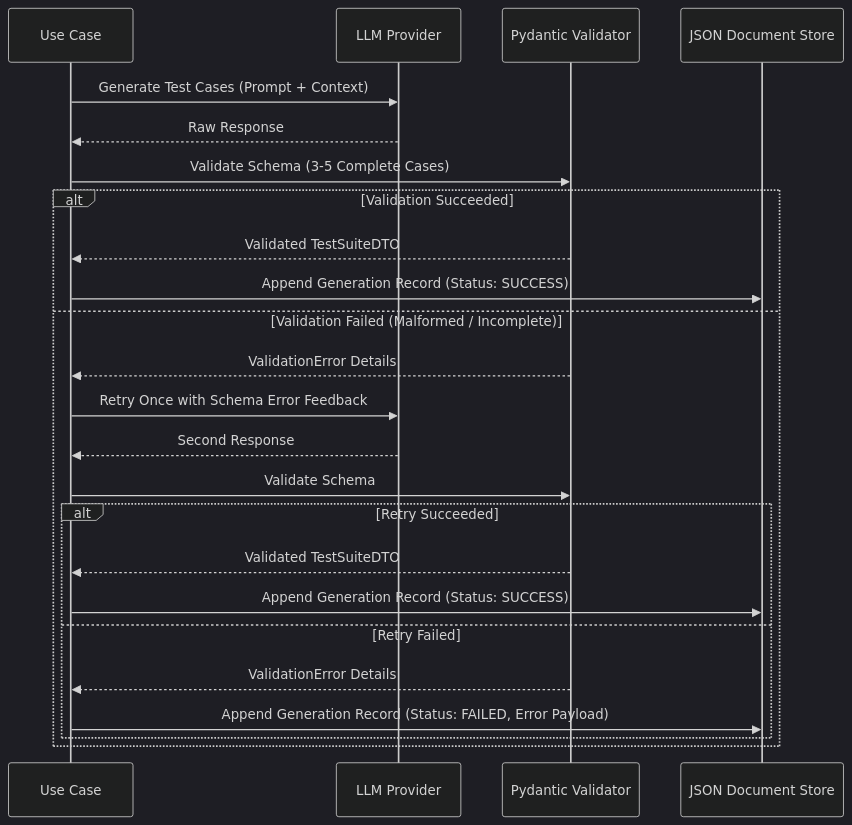
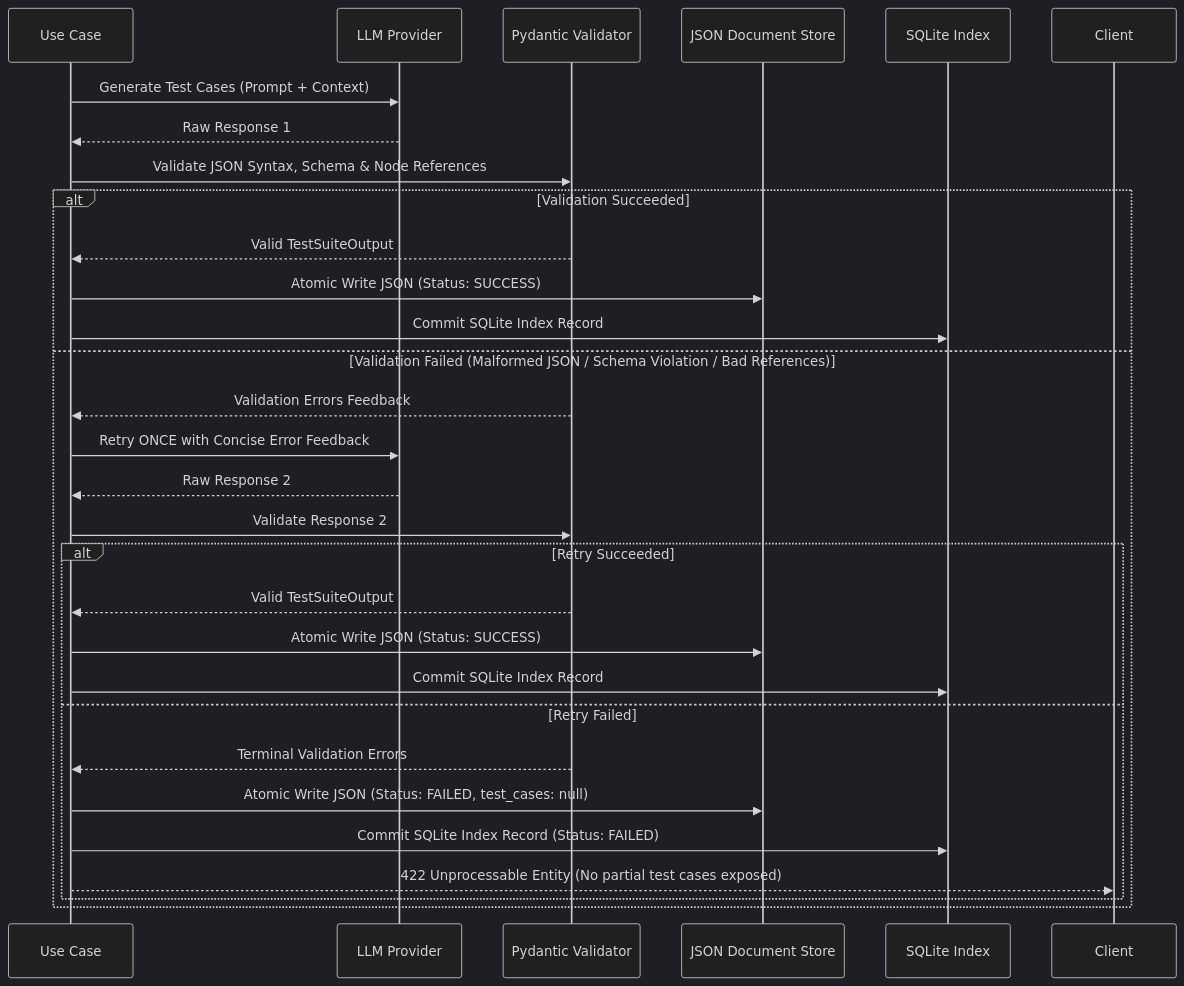
One commit to ANUMULASAISANTHOSH/ct200-traceability-qa-pipeline changed the third of 3 diagrams in docs/architecture.md. Above: the diagram before and after it, drawn with Mermaid (dark theme). The commit also changed other lines of this file and 22 other files, not shown here.

Commit message:
feat: generate and store validated QA cases

````diff
--- a/docs/architecture.md
+++ b/docs/architecture.md
@@ -166,27 +190,32 @@
 ```mermaid
 sequenceDiagram
     participant App as Use Case
     participant LLM as LLM Provider
     participant Val as Pydantic Validator
     participant Store as JSON Document Store
+    participant DB as SQLite Index
     
     App->>LLM: Generate Test Cases (Prompt + Context)
-    LLM-->>App: Raw Response
-    App->>Val: Validate Schema (3-5 Complete Cases)
+    LLM-->>App: Raw Response 1
+    App->>Val: Validate JSON Syntax, Schema & Node References
     alt Validation Succeeded
-        Val-->>App: Validated TestSuiteDTO
-        App->>Store: Append Generation Record (Status: SUCCESS)
-    else Validation Failed (Malformed / Incomplete)
-        Val-->>App: ValidationError Details
-        App->>LLM: Retry Once with Schema Error Feedback
-        LLM-->>App: Second Response
-        App->>Val: Validate Schema
+        Val-->>App: Valid TestSuiteOutput
+        App->>Store: Atomic Write JSON (Status: SUCCESS)
+        App->>DB: Commit SQLite Index Record
+    else Validation Failed (Malformed JSON / Schema Violation / Bad References)
+        Val-->>App: Validation Errors Feedback
+        App->>LLM: Retry ONCE with Concise Error Feedback
+        LLM-->>App: Raw Response 2
+        App->>Val: Validate Response 2
         alt Retry Succeeded
-            Val-->>App: Validated TestSuiteDTO
-            App->>Store: Append Generation Record (Status: SUCCESS)
+            Val-->>App: Valid TestSuiteOutput
+            App->>Store: Atomic Write JSON (Status: SUCCESS)
+            App->>DB: Commit SQLite Index Record
         else Retry Failed
-            Val-->>App: ValidationError Details
-            App->>Store: Append Generation Record (Status: FAILED, Error Payload)
+            Val-->>App: Terminal Validation Errors
+            App->>Store: Atomic Write JSON (Status: FAILED, test_cases: null)
+            App->>DB: Commit SQLite Index Record (Status: FAILED)
+            App-->>Client: 422 Unprocessable Entity (No partial test cases exposed)
         end
     end
 ```
````
